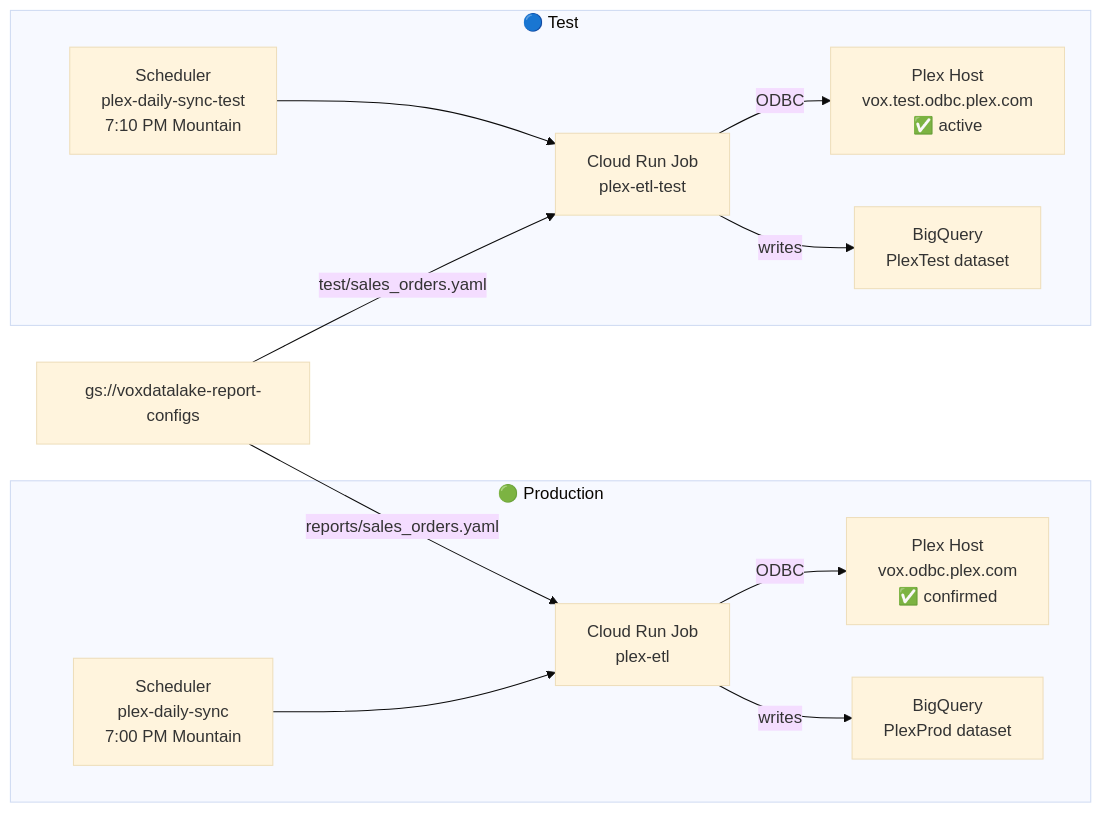
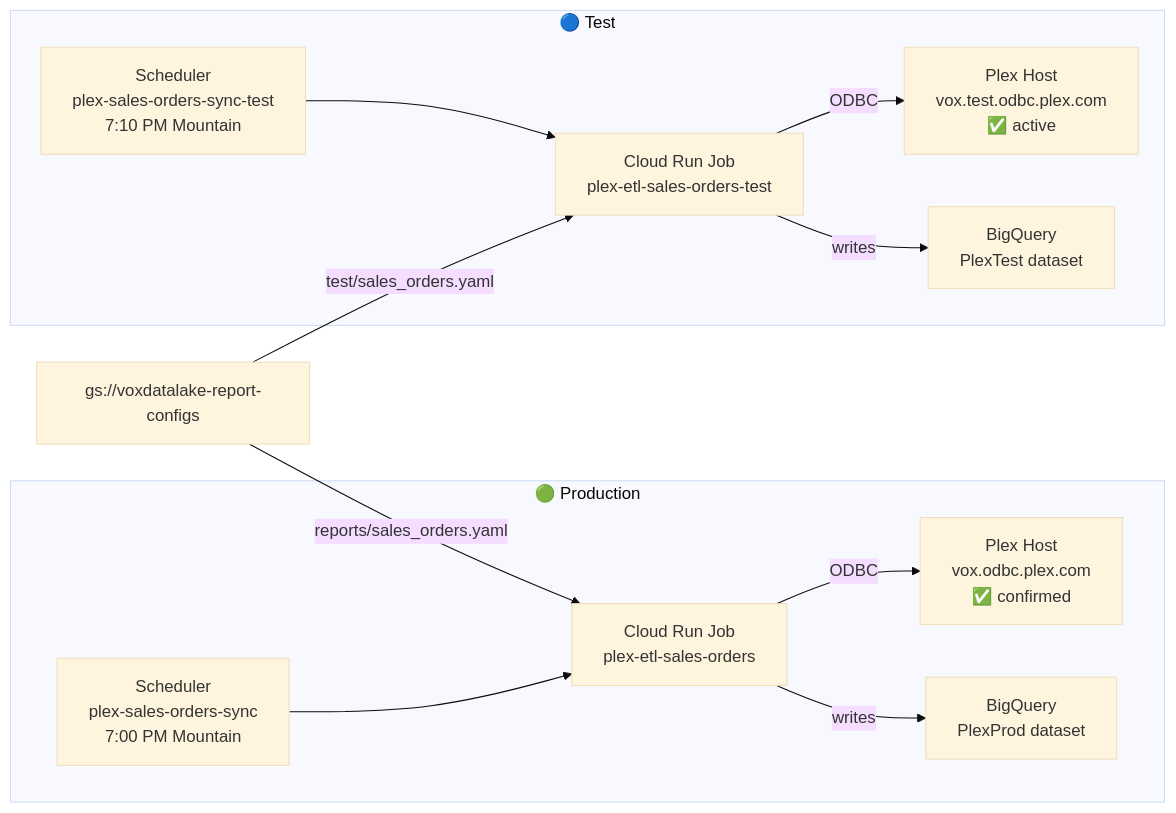
The second of 3 diagrams in docs/CHEATSHEET.md (Parasol-Group-Inc/plex-to-big-query), drawn with Mermaid (base theme) before and after one commit. The commit also changed other lines of this file and 94 other files, not shown here.

````diff
--- a/docs/CHEATSHEET.md
+++ b/docs/CHEATSHEET.md
@@ -76,27 +76,27 @@
 ```mermaid
 graph LR
     GCS["gs://voxdatalake-report-configs"]
 
     subgraph PROD["🟢 Production"]
-        PJ["Cloud Run Job\nplex-etl"]
-        PS["Scheduler\nplex-daily-sync\n7:00 PM Mountain"]
+        PJ["Cloud Run Job\nplex-etl-sales-orders"]
+        PS["Scheduler\nplex-sales-orders-sync\n7:00 PM Mountain"]
         PH["Plex Host\nvox.odbc.plex.com\n✅ confirmed"]
         PD["BigQuery\nPlexProd dataset"]
         PS --> PJ
         PJ -->|ODBC| PH
         PJ -->|writes| PD
     end
 
     subgraph TEST["🔵 Test"]
-        TJ["Cloud Run Job\nplex-etl-test"]
-        TS["Scheduler\nplex-daily-sync-test\n7:10 PM Mountain"]
+        TJ["Cloud Run Job\nplex-etl-sales-orders-test"]
+        TS["Scheduler\nplex-sales-orders-sync-test\n7:10 PM Mountain"]
         TH["Plex Host\nvox.test.odbc.plex.com\n✅ active"]
         TD["BigQuery\nPlexTest dataset"]
         TS --> TJ
         TJ -->|ODBC| TH
         TJ -->|writes| TD
     end
 
     GCS -->|"reports/sales_orders.yaml"| PJ
     GCS -->|"test/sales_orders.yaml"| TJ
 ```
````
